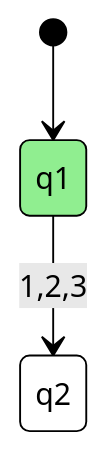
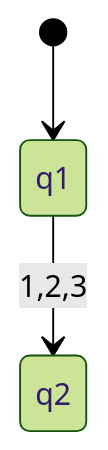
The fourth of 5 diagrams in 4. semester/SS/Exercises/Lecture 2.md (NicolaiDybro/aaunotes), drawn with Mermaid (forest theme) before and after one commit. The commit also changed other lines of this file and 3 other files, not shown here.

````diff
--- a/4. semester/SS/Exercises/Lecture 2.md
+++ b/4. semester/SS/Exercises/Lecture 2.md
@@ -91,8 +89,6 @@
 ```mermaid
 stateDiagram-v2
     [*] --> q1
     state q1 (q1)
     q1 --> q2: 1,2,3
-    style q1 fill:#90ee90,stroke:#000,color:#000
-    style q2 fill:#fff,stroke:#000,color:#000
 ```
````
